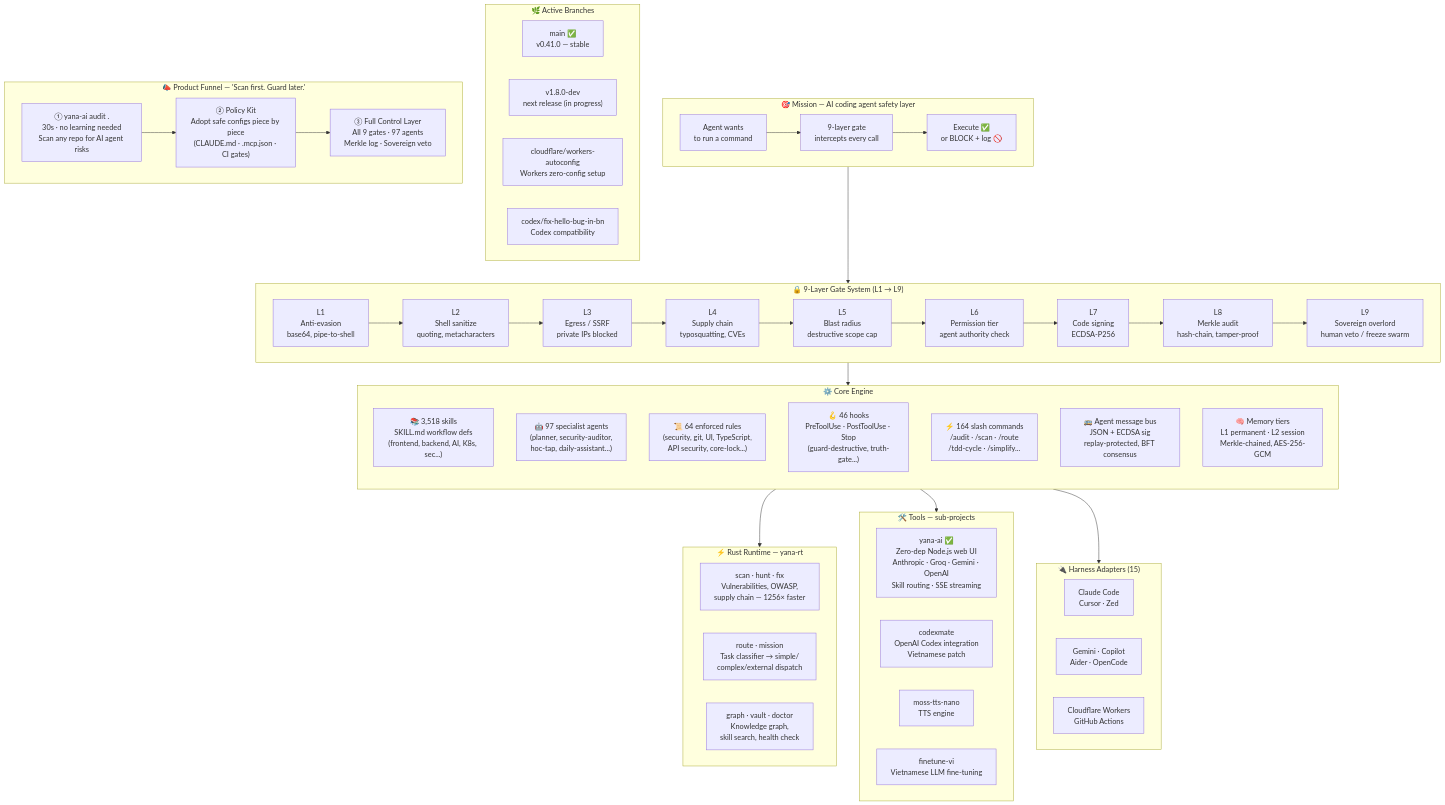
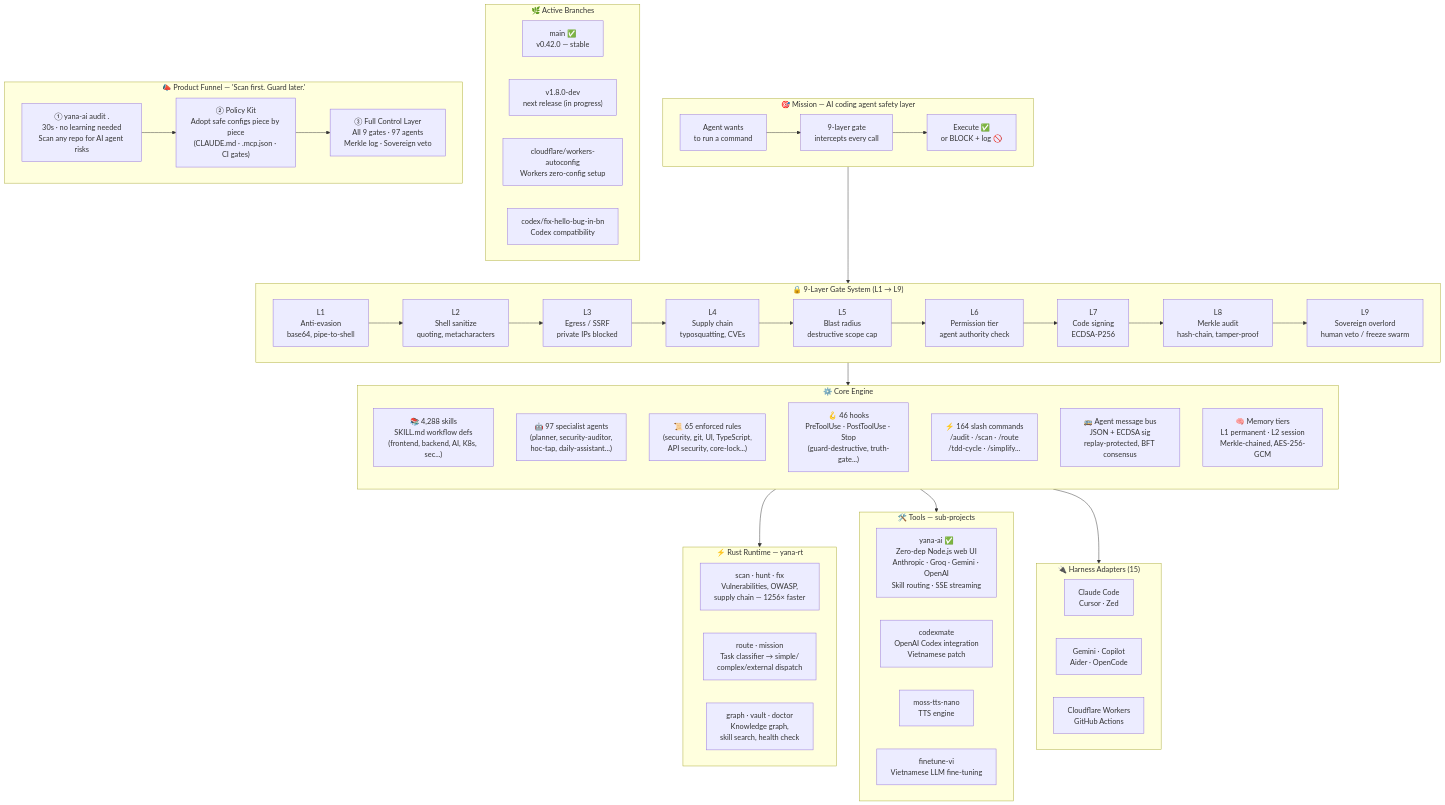
The diagram in README.md (yanacuti1121/Yana-AI), drawn with Mermaid before and after one commit. The commit also changed other lines of this file and 1 other file, not shown here.

```diff
--- a/README.md
+++ b/README.md
@@ -126,9 +126,9 @@
     %% ── Core engine ──────────────────────────────────────────────────────
     subgraph CORE["⚙️ Core Engine"]
         direction TB
-        SKILLS["📚 3,518 skills\nSKILL.md workflow defs\n(frontend, backend, AI, K8s, sec...)"]
+        SKILLS["📚 4,288 skills\nSKILL.md workflow defs\n(frontend, backend, AI, K8s, sec...)"]
         AGENTS["🤖 97 specialist agents\n(planner, security-auditor,\nhoc-tap, daily-assistant...)"]
-        RULES["📜 64 enforced rules\n(security, git, UI, TypeScript,\nAPI security, core-lock...)"]
+        RULES["📜 65 enforced rules\n(security, git, UI, TypeScript,\nAPI security, core-lock...)"]
         HOOKS["🪝 46 hooks\nPreToolUse · PostToolUse · Stop\n(guard-destructive, truth-gate...)"]
         CMDS["⚡ 164 slash commands\n/audit · /scan · /route\n/tdd-cycle · /simplify..."]
         BUS["🚌 Agent message bus\nJSON + ECDSA sig\nreplay-protected, BFT consensus"]
@@ -163,7 +163,7 @@
     %% ── Active branches ──────────────────────────────────────────────────
     subgraph BRANCHES["🌿 Active Branches"]
         direction LR
-        BMAIN["main ✅\nv0.41.0 — stable"]
+        BMAIN["main ✅\nv0.42.0 — stable"]
         BVDEV["v1.8.0-dev\nnext release (in progress)"]
         BCF["cloudflare/workers-autoconfig\nWorkers zero-config setup"]
         BCX["codex/fix-hello-bug-in-bn\nCodex compatibility"]
```
